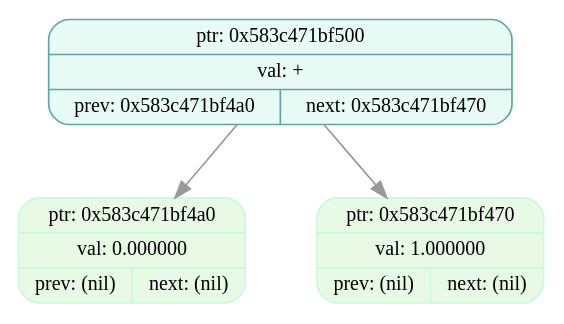
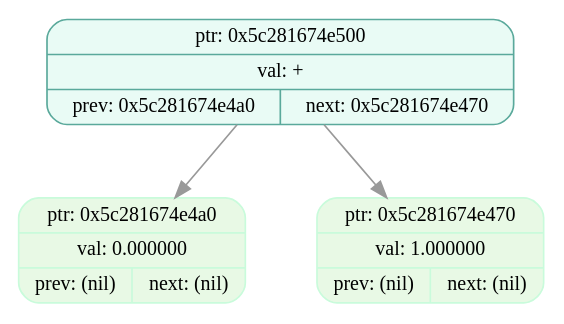
One commit to EvilTomato9890/Difference changed the diagram in dumps/tree_dump_006.dot. Above: the diagram before and after it, drawn with Graphviz. The commit also changed 36 other files, not shown here.

```diff
--- a/dumps/tree_dump_006.dot
+++ b/dumps/tree_dump_006.dot
@@ -1,9 +1,9 @@
 digraph T{
   node [fontname="Fira Mono",shape=record,style="filled,rounded",fontsize=12];
   graph [splines=true, nodesep=0.6, ranksep=0.6];
-  node_0x583c471bf500[shape=record,label="{ {ptr: 0x583c471bf500} | {val: +} | { prev: 0x583c471bf4a0 | next: 0x583c471bf470 } }",color="#5aa99b",fillcolor="#e9fbf5"];
-  node_0x583c471bf4a0[shape=record,label="{ {ptr: 0x583c471bf4a0} | {val: 0.000000} | { prev: (nil) | next: (nil) } }",color="#c9fbdbff",fillcolor="#e8f9e5ff"];
-  node_0x583c471bf470[shape=record,label="{ {ptr: 0x583c471bf470} | {val: 1.000000} | { prev: (nil) | next: (nil) } }",color="#c9fbdbff",fillcolor="#e8f9e5ff"];
-  node_0x583c471bf500 -> node_0x583c471bf4a0 [color="#999999"];
-  node_0x583c471bf500 -> node_0x583c471bf470 [color="#999999"];
+  node_0x5c281674e500[shape=record,label="{ {ptr: 0x5c281674e500} | {val: +} | { prev: 0x5c281674e4a0 | next: 0x5c281674e470 } }",color="#5aa99b",fillcolor="#e9fbf5"];
+  node_0x5c281674e4a0[shape=record,label="{ {ptr: 0x5c281674e4a0} | {val: 0.000000} | { prev: (nil) | next: (nil) } }",color="#c9fbdbff",fillcolor="#e8f9e5ff"];
+  node_0x5c281674e470[shape=record,label="{ {ptr: 0x5c281674e470} | {val: 1.000000} | { prev: (nil) | next: (nil) } }",color="#c9fbdbff",fillcolor="#e8f9e5ff"];
+  node_0x5c281674e500 -> node_0x5c281674e4a0 [color="#999999"];
+  node_0x5c281674e500 -> node_0x5c281674e470 [color="#999999"];
 }
```
